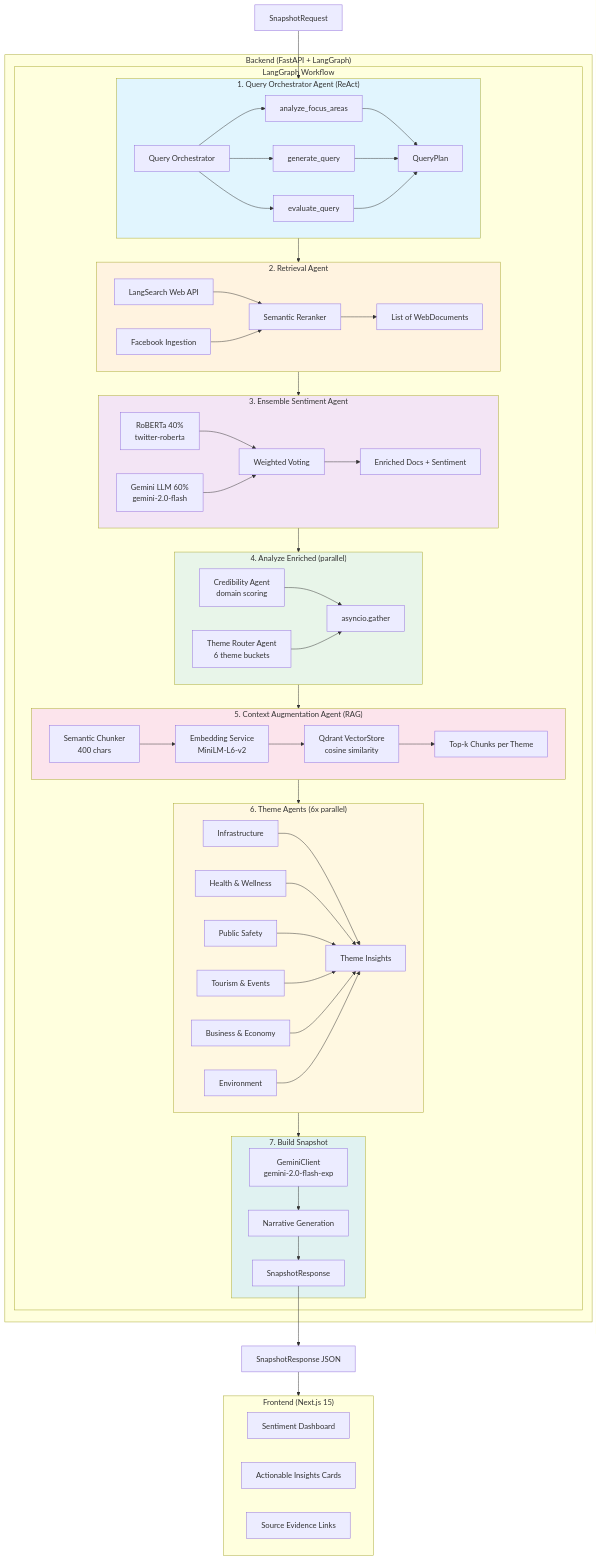
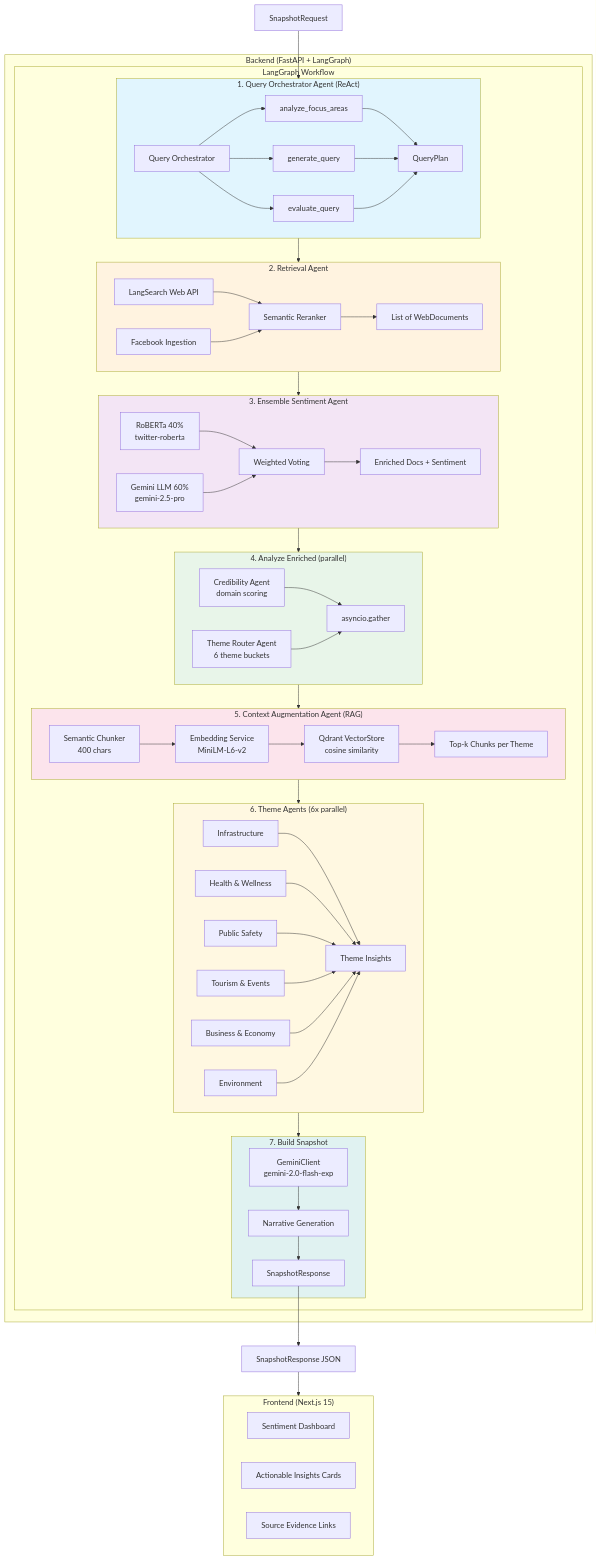
Before and after one commit to donyelqt/Hinaing: the first of 3 diagrams in docs/ARCHITECTURE.md, drawn with Mermaid. The commit also changed other lines of this file and 6 other files, not shown here.

```diff
--- a/docs/ARCHITECTURE.md
+++ b/docs/ARCHITECTURE.md
@@ -38,7 +38,7 @@
 
             subgraph Stage3["3. Ensemble Sentiment Agent"]
                 RB[RoBERTa 40%<br/>twitter-roberta]
-                GM[Gemini LLM 60%<br/>gemini-2.0-flash]
+                GM[Gemini LLM 60%<br/>gemini-2.5-pro]
                 WV[Weighted Voting]
                 RB & GM --> WV
                 ED[Enriched Docs + Sentiment]
```
